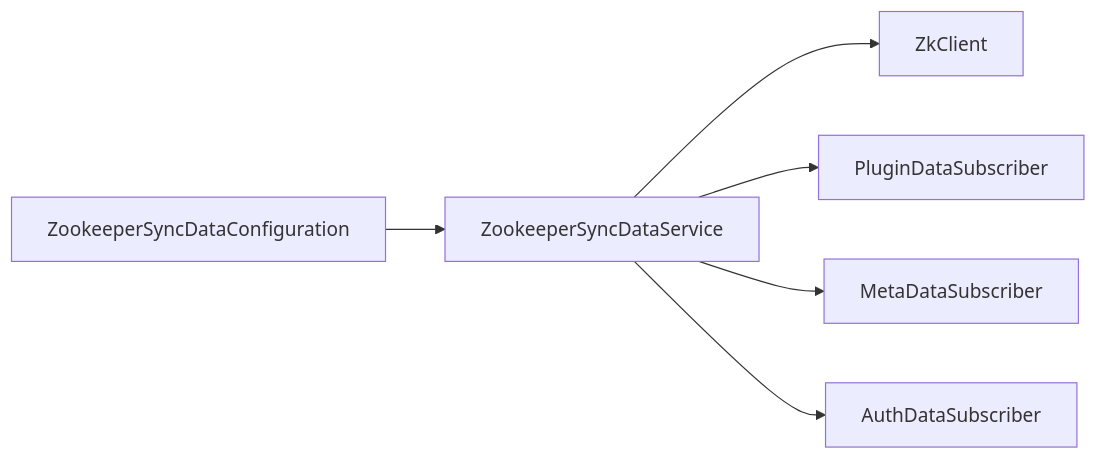
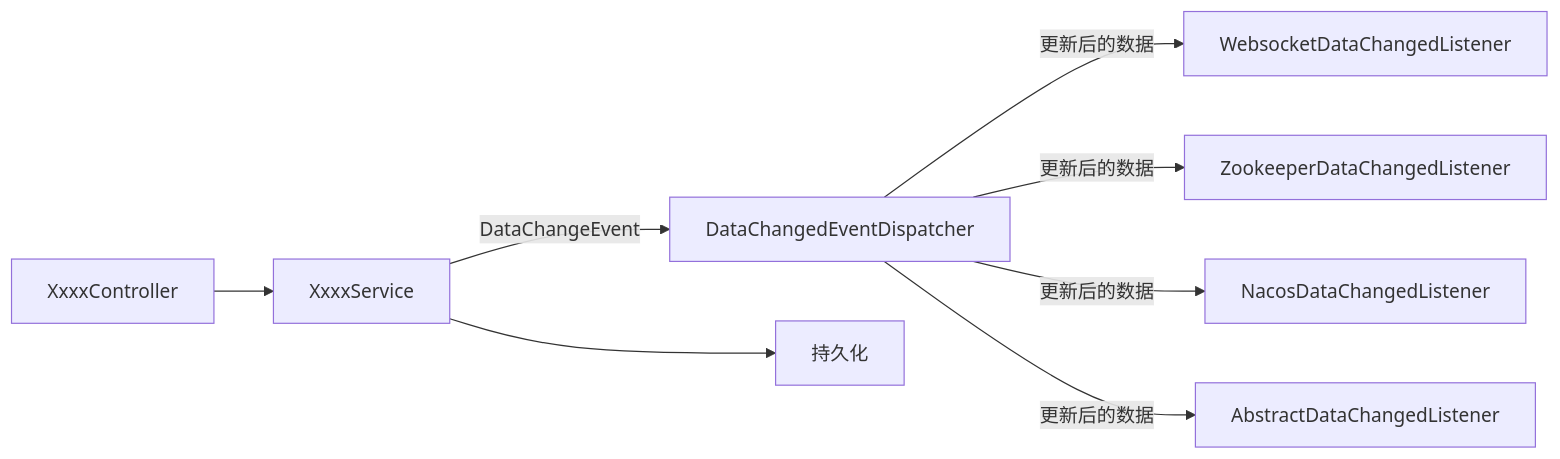
One commit to evasnowind/ArchKnowledgeTree changed the first of 3 diagrams in source_code/soul源码分析数据同步篇之HTTP长轮询同步流程.md. Above: the diagram before and after it, drawn with Mermaid. The commit also changed other lines of this file and 3 other files, not shown here.

````diff
--- a/source_code/soul源码分析数据同步篇之HTTP长轮询同步流程.md
+++ b/source_code/soul源码分析数据同步篇之HTTP长轮询同步流程.md
@@ -362,4 +183,5 @@
 ```mermaid
 graph LR
-ZookeeperSyncDataConfiguration --> ZookeeperSyncDataService --> ZkClient & PluginDataSubscriber & MetaDataSubscriber & AuthDataSubscriber
+XxxxController --> XxxxService --> |DataChangeEvent|DataChangedEventDispatcher -->|更新后的数据| WebsocketDataChangedListener & ZookeeperDataChangedListener & NacosDataChangedListener & AbstractDataChangedListener
+XxxxService --> 持久化
 ```
````
